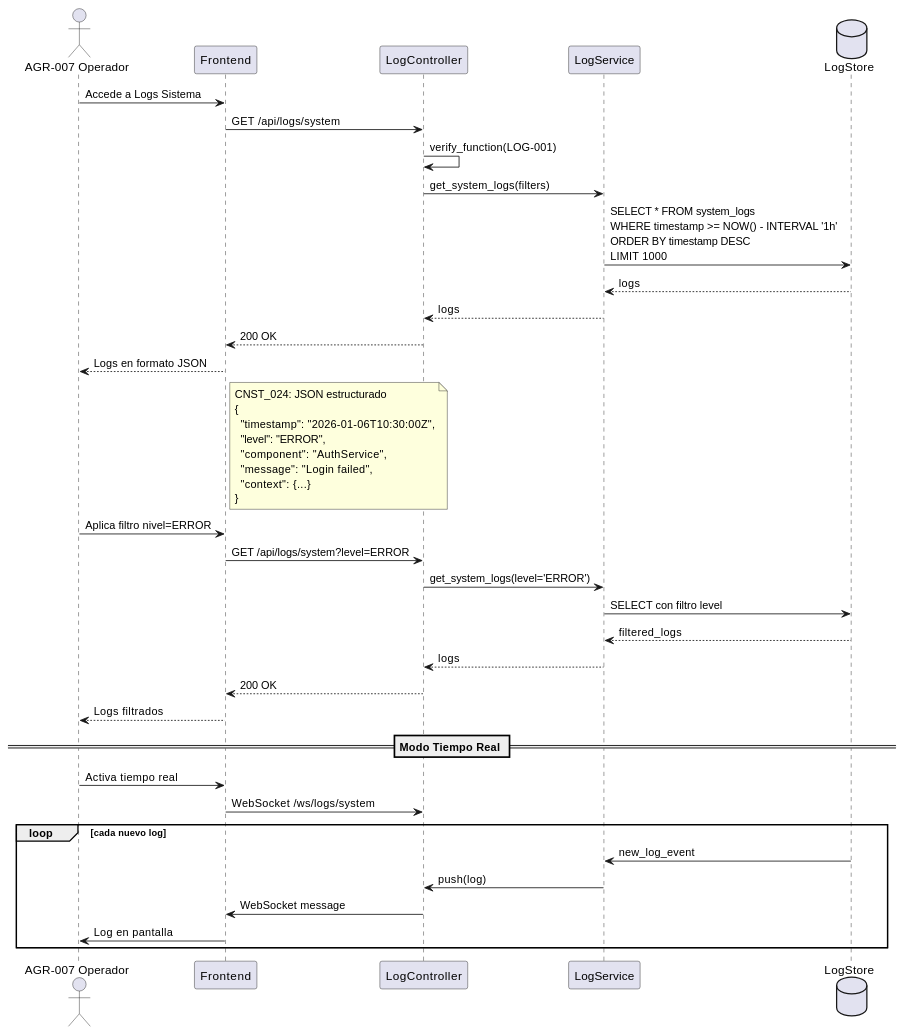
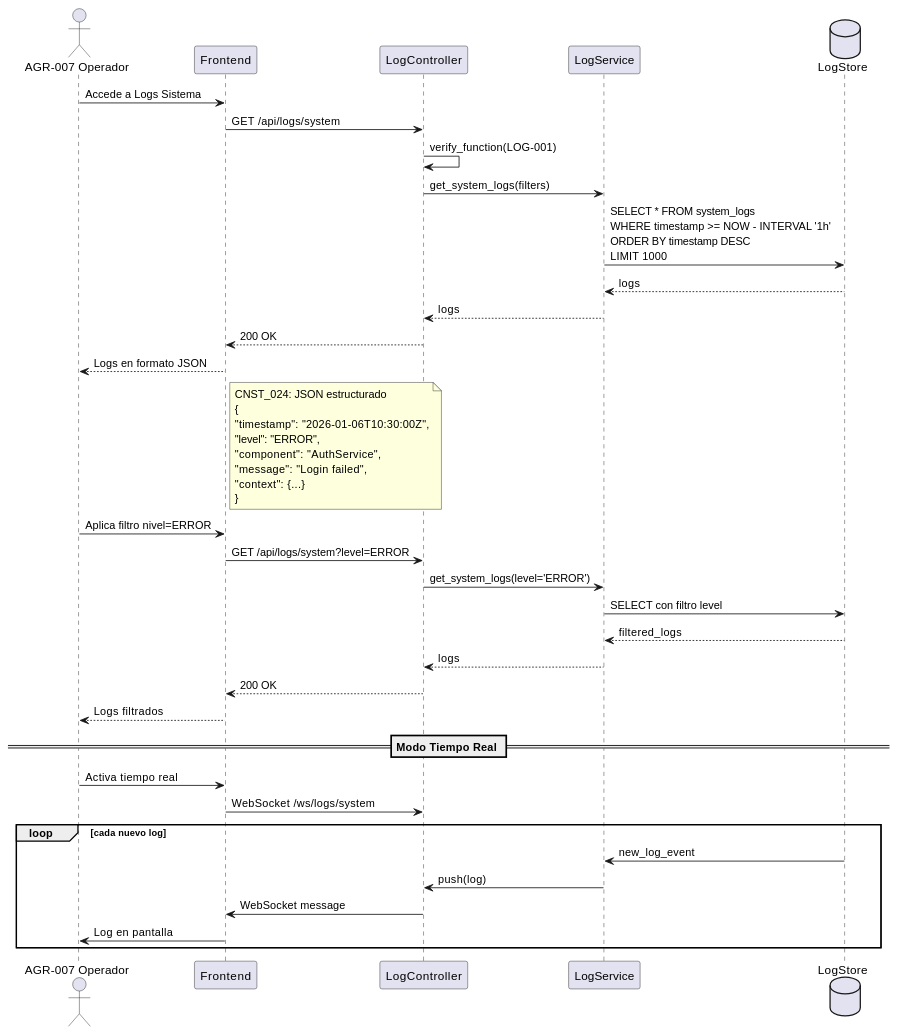
One commit to jcg-admin/IACT-docs changed the second of 3 diagrams in source/requisitos/casos_uso/logs/UC_LOG_01_Consultar_Logs_Sistema.rst. Above: the diagram before and after it, drawn with PlantUML. The commit also changed other lines of this file and 376 other files, not shown here.

```diff
--- a/source/requisitos/casos_uso/logs/UC_LOG_01_Consultar_Logs_Sistema.rst
+++ b/source/requisitos/casos_uso/logs/UC_LOG_01_Consultar_Logs_Sistema.rst
@@ -155,52 +155,52 @@
 .. uml::
-   :caption: Diagrama de Secuencia - UC_LOG_01
+ :caption: Diagrama de Secuencia - UC_LOG_01
 
-   @startuml
-   actor "AGR-007 Operador" as O
-   participant "Frontend" as FE
-   participant "LogController" as LC
-   participant "LogService" as LS
-   database "LogStore" as DB
+ @startuml
+ actor "AGR-007 Operador" as O
+ participant "Frontend" as FE
+ participant "LogController" as LC
+ participant "LogService" as LS
+ database "LogStore" as DB
 
-   O -> FE: Accede a Logs Sistema
-   FE -> LC: GET /api/logs/system
-   LC -> LC: verify_function(LOG-001)
+ O -> FE: Accede a Logs Sistema
+ FE -> LC: GET /api/logs/system
+ LC -> LC: verify_function(LOG-001)
 
-   LC -> LS: get_system_logs(filters)
-   LS -> DB: SELECT * FROM system_logs\nWHERE timestamp >= NOW() - INTERVAL '1h'\nORDER BY timestamp DESC\nLIMIT 1000
-   DB --> LS: logs
-   LS --> LC: logs
-   LC --> FE: 200 OK
-   FE --> O: Logs en formato JSON
+ LC -> LS: get_system_logs(filters)
+ LS -> DB: SELECT * FROM system_logs\nWHERE timestamp >= NOW - INTERVAL '1h'\nORDER BY timestamp DESC\nLIMIT 1000
+ DB --> LS: logs
+ LS --> LC: logs
+ LC --> FE: 200 OK
+ FE --> O: Logs en formato JSON
 
-   note right of FE
-     CNST_024: JSON estructurado
-     {
-       "timestamp": "2026-01-06T10:30:00Z",
-       "level": "ERROR",
-       "component": "AuthService",
-       "message": "Login failed",
-       "context": {...}
-     }
-   end note
+ note right of FE
+ CNST_024: JSON estructurado
+ {
+ "timestamp": "2026-01-06T10:30:00Z",
+ "level": "ERROR",
+ "component": "AuthService",
+ "message": "Login failed",
+ "context": {...}
+ }
+ end note
 
-   O -> FE: Aplica filtro nivel=ERROR
-   FE -> LC: GET /api/logs/system?level=ERROR
-   LC -> LS: get_system_logs(level='ERROR')
-   LS -> DB: SELECT con filtro level
-   DB --> LS: filtered_logs
-   LS --> LC: logs
-   LC --> FE: 200 OK
-   FE --> O: Logs filtrados
+ O -> FE: Aplica filtro nivel=ERROR
+ FE -> LC: GET /api/logs/system?level=ERROR
+ LC -> LS: get_system_logs(level='ERROR')
+ LS -> DB: SELECT con filtro level
+ DB --> LS: filtered_logs
+ LS --> LC: logs
+ LC --> FE: 200 OK
+ FE --> O: Logs filtrados
 
-   == Modo Tiempo Real ==
+ == Modo Tiempo Real ==
 
-   O -> FE: Activa tiempo real
-   FE -> LC: WebSocket /ws/logs/system
-   loop cada nuevo log
-     DB -> LS: new_log_event
-     LS -> LC: push(log)
-     LC -> FE: WebSocket message
-     FE -> O: Log en pantalla
-   end
-   @enduml
+ O -> FE: Activa tiempo real
+ FE -> LC: WebSocket /ws/logs/system
+ loop cada nuevo log
+ DB -> LS: new_log_event
+ LS -> LC: push(log)
+ LC -> FE: WebSocket message
+ FE -> O: Log en pantalla
+ end
+ @enduml
```
